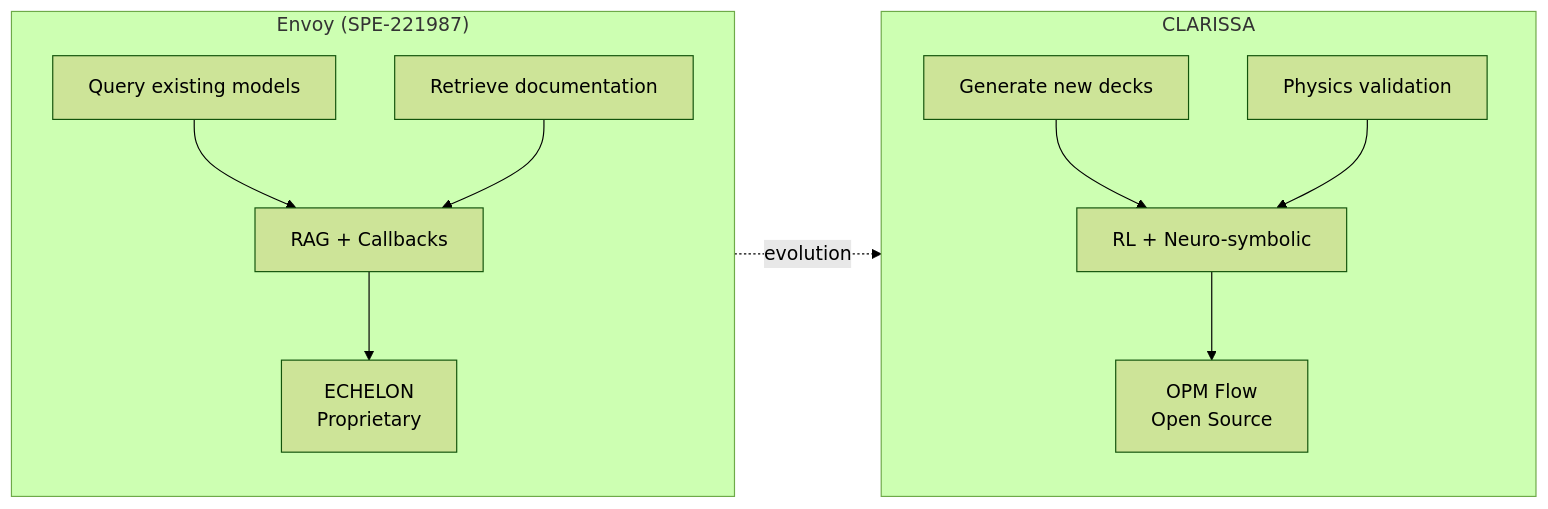
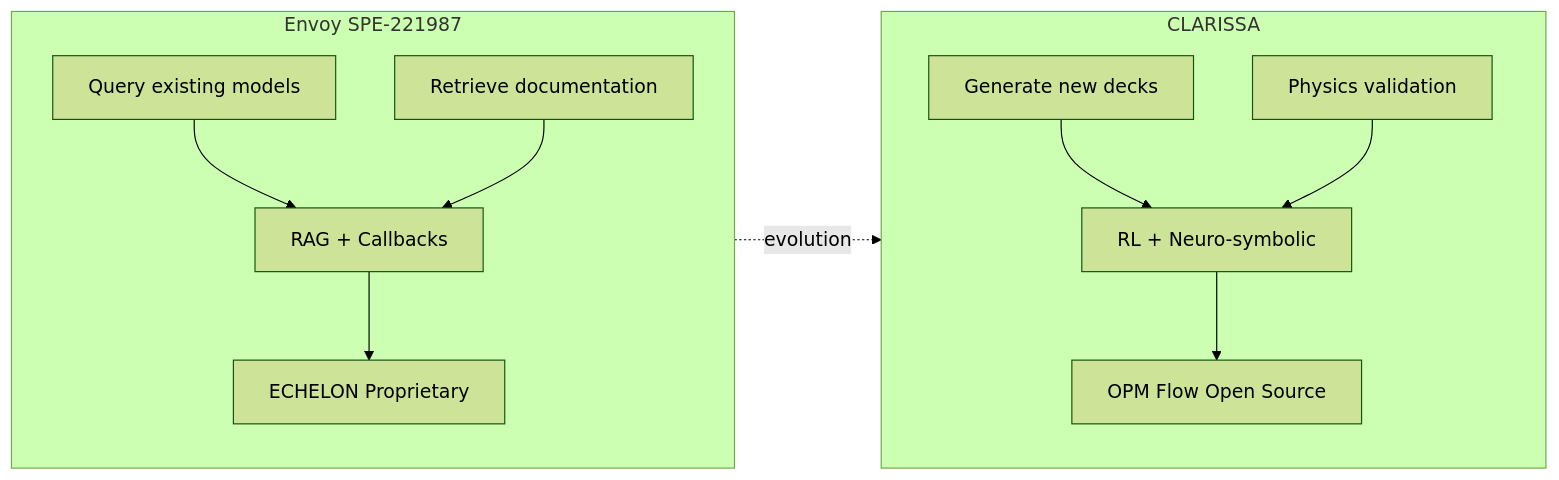
The third of 6 diagrams in conference/spe-europe-2026/sources/wolfram/abstract-merged.md (wolfram-laube/clarissa), drawn with Mermaid (forest theme) before and after one commit. The commit also changed other lines of this file, not shown here.

Commit message:
fix: simplify mermaid diagrams - remove emojis and br tags for proper rendering

````diff
--- a/conference/spe-europe-2026/sources/wolfram/abstract-merged.md
+++ b/conference/spe-europe-2026/sources/wolfram/abstract-merged.md
@@ -102,26 +141,26 @@
 ```mermaid
 flowchart LR
-    subgraph ENVOY["Envoy (SPE-221987)"]
+    subgraph ENVOY["Envoy SPE-221987"]
         direction TB
-        E1[Query existing models]
-        E2[Retrieve documentation]
-        E3[RAG + Callbacks]
-        E4[ECHELON<br/>Proprietary]
+        E1["Query existing models"]
+        E2["Retrieve documentation"]
+        E3["RAG + Callbacks"]
+        E4["ECHELON Proprietary"]
         E1 --> E3
         E2 --> E3
         E3 --> E4
     end
 
     subgraph CLARISSA["CLARISSA"]
         direction TB
-        C1[Generate new decks]
-        C2[Physics validation]
-        C3[RL + Neuro-symbolic]
-        C4[OPM Flow<br/>Open Source]
+        C1["Generate new decks"]
+        C2["Physics validation"]
+        C3["RL + Neuro-symbolic"]
+        C4["OPM Flow Open Source"]
         C1 --> C3
         C2 --> C3
         C3 --> C4
     end
 
-    ENVOY -.->|"evolution"| CLARISSA
+    ENVOY -.->|evolution| CLARISSA
 ```
````
